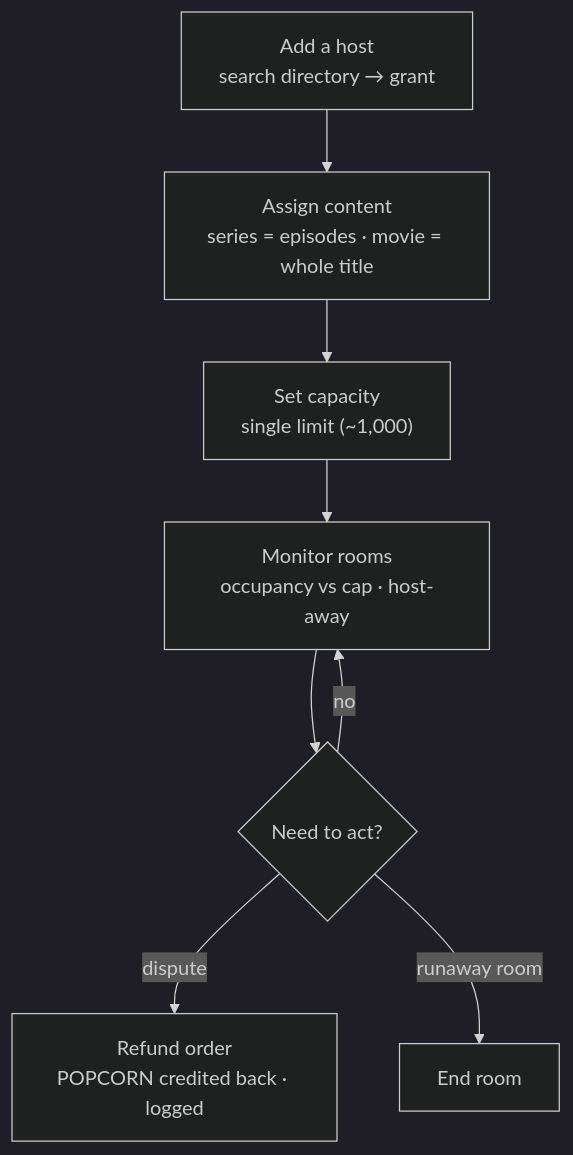
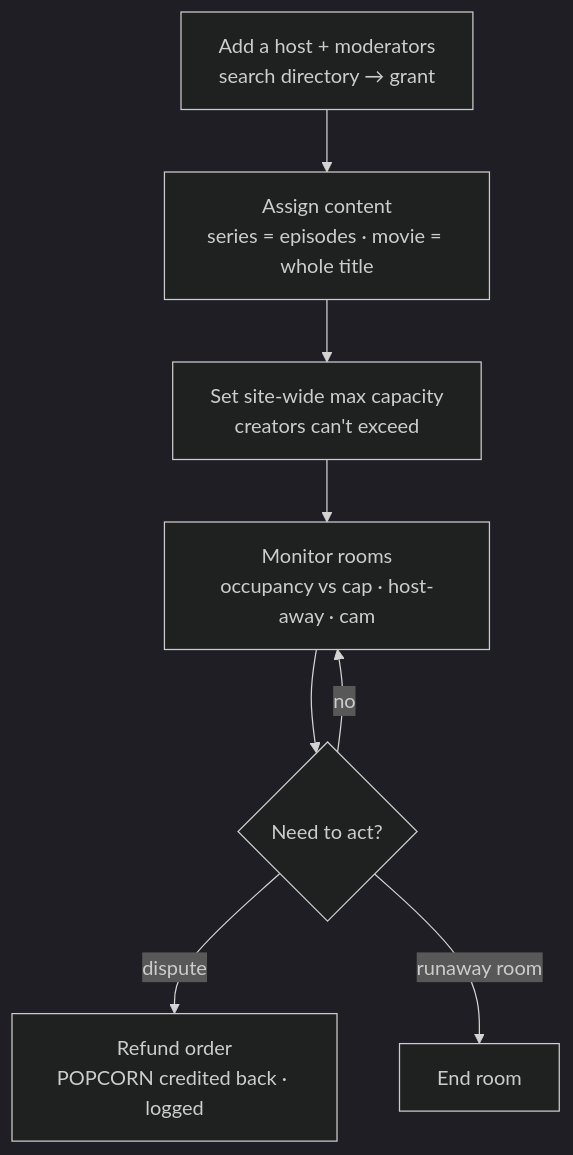
Before and after one commit to ztor20/Features: the first of 3 diagrams in draft/watch-party/prototype/_docs/BRD/watch-party/Summary.md, drawn with Mermaid (dark theme). The commit also changed other lines of this file and 9 other files, not shown here.

````diff
--- a/draft/watch-party/prototype/_docs/BRD/watch-party/Summary.md
+++ b/draft/watch-party/prototype/_docs/BRD/watch-party/Summary.md
@@ -25,10 +27,10 @@
 ```mermaid
 flowchart TD
-  A["Add a host<br/>search directory → grant"] --> B["Assign content<br/>series = episodes · movie = whole title"]
-  B --> C["Set capacity<br/>single limit (~1,000)"]
-  C --> D["Monitor rooms<br/>occupancy vs cap · host-away"]
+  A["Add a host + moderators<br/>search directory → grant"] --> B["Assign content<br/>series = episodes · movie = whole title"]
+  B --> C["Set site-wide max capacity<br/>creators can't exceed"]
+  C --> D["Monitor rooms<br/>occupancy vs cap · host-away · cam"]
   D --> E{"Need to act?"}
   E -- dispute --> F["Refund order<br/>POPCORN credited back · logged"]
   E -- runaway room --> G["End room"]
   E -- no --> D
 ```
````
